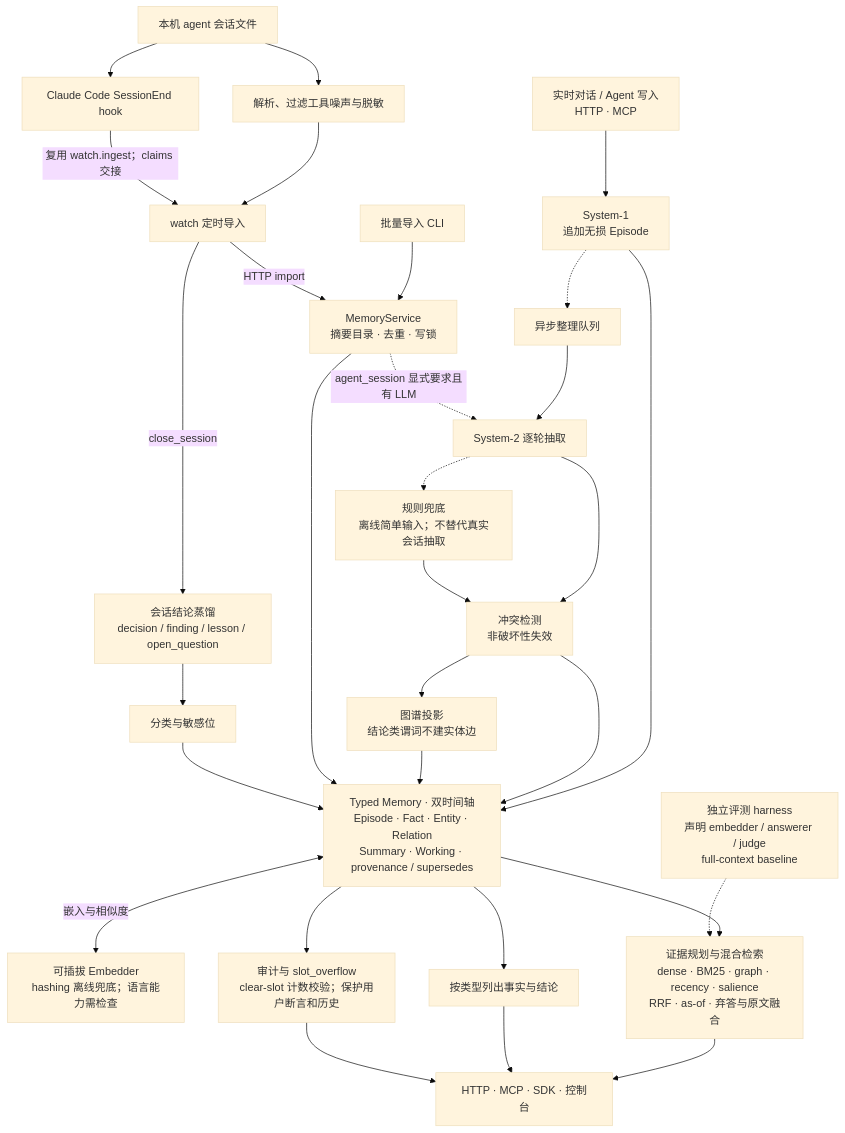
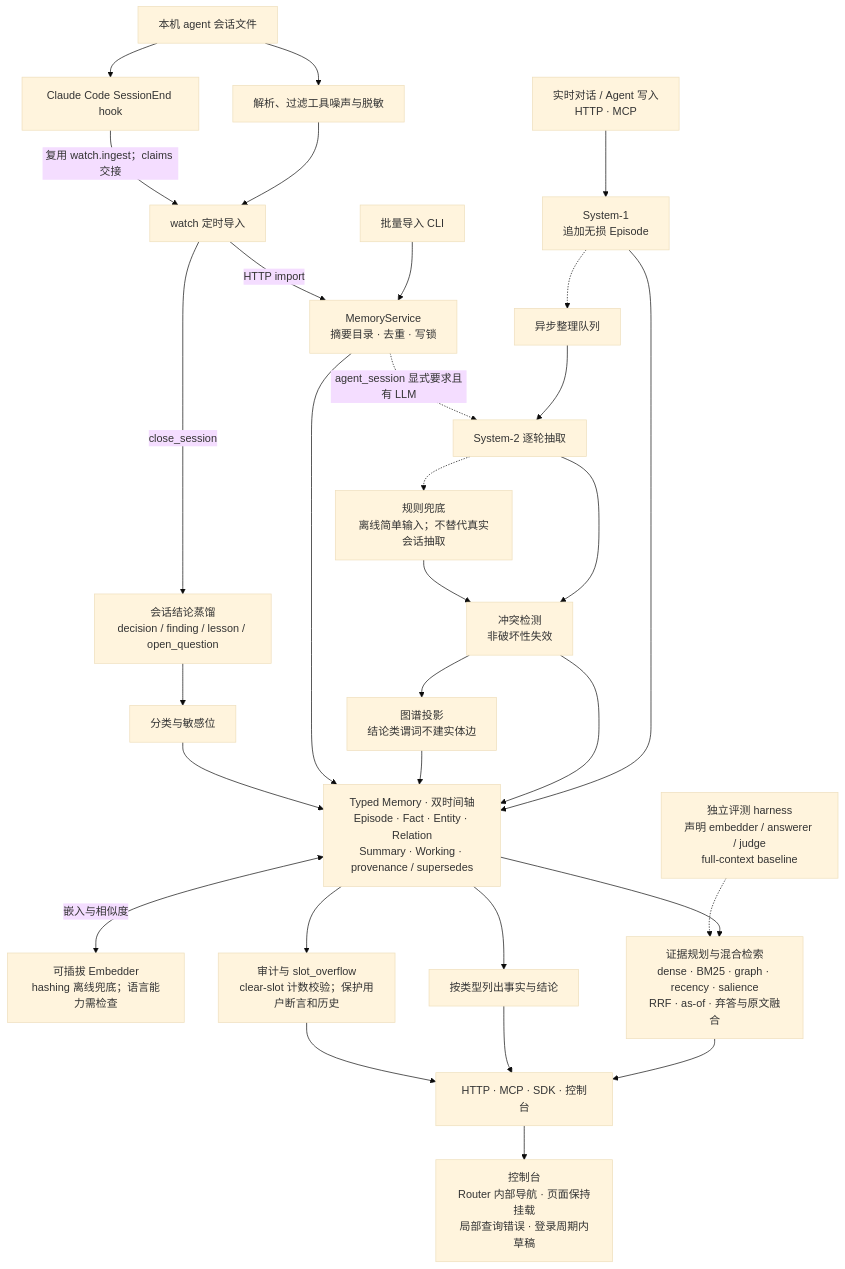
The diagram in docs/architecture-optimization-map.zh-CN.md (NotZhu/MnemoTrace), drawn with Mermaid (base theme) before and after one commit. The commit also changed other lines of this file and 43 other files, not shown here.

````diff
--- a/docs/architecture-optimization-map.zh-CN.md
+++ b/docs/architecture-optimization-map.zh-CN.md
@@ -27,33 +27,34 @@
 ```mermaid
 flowchart TD
   LIVE["实时对话 / Agent 写入<br/>HTTP · MCP"] --> S1["System-1<br/>追加无损 Episode"]
   S1 --> CORE["Typed Memory · 双时间轴<br/>Episode · Fact · Entity · Relation<br/>Summary · Working · provenance / supersedes"]
   S1 -.-> Q["异步整理队列"]
   Q --> EXT["System-2 逐轮抽取"]
   EXT -.-> RULE["规则兜底<br/>离线简单输入；不替代真实会话抽取"]
   EXT --> CF["冲突检测<br/>非破坏性失效"]
   RULE --> CF
   CF --> GB["图谱投影<br/>结论类谓词不建实体边"]
   CF --> CORE
   GB --> CORE
 
   SESS["本机 agent 会话文件"] --> PARSE["解析、过滤工具噪声与脱敏"]
   PARSE --> WATCH["watch 定时导入"]
   SESS --> HOOK["Claude Code SessionEnd hook"]
   HOOK -->|"复用 watch.ingest；claims 交接"| WATCH
   IMPORT["批量导入 CLI"] --> SERVICE["MemoryService<br/>摘要目录 · 去重 · 写锁"]
   WATCH -->|"HTTP import"| SERVICE
   SERVICE --> CORE
   SERVICE -.->|"agent_session 显式要求且有 LLM"| EXT
   WATCH -->|"close_session"| OUT["会话结论蒸馏<br/>decision / finding / lesson / open_question"]
   OUT --> CLS["分类与敏感位"] --> CORE
 
   CORE <-->|"嵌入与相似度"| EMB["可插拔 Embedder<br/>hashing 离线兜底；语言能力需检查"]
   CORE --> READ["证据规划与混合检索<br/>dense · BM25 · graph · recency · salience<br/>RRF · as-of · 弃答与原文融合"]
   CORE --> LIST["按类型列出事实与结论"]
   CORE --> AUDIT["审计与 slot_overflow<br/>clear-slot 计数校验；保护用户断言和历史"]
   READ --> CLIENT["HTTP · MCP · SDK · 控制台"]
   LIST --> CLIENT
   AUDIT --> CLIENT
+  CLIENT --> UI["控制台<br/>Router 内部导航 · 页面保持挂载<br/>局部查询错误 · 登录周期内草稿"]
   BENCH["独立评测 harness<br/>声明 embedder / answerer / judge<br/>full-context baseline"] -.-> READ
 ```
````
